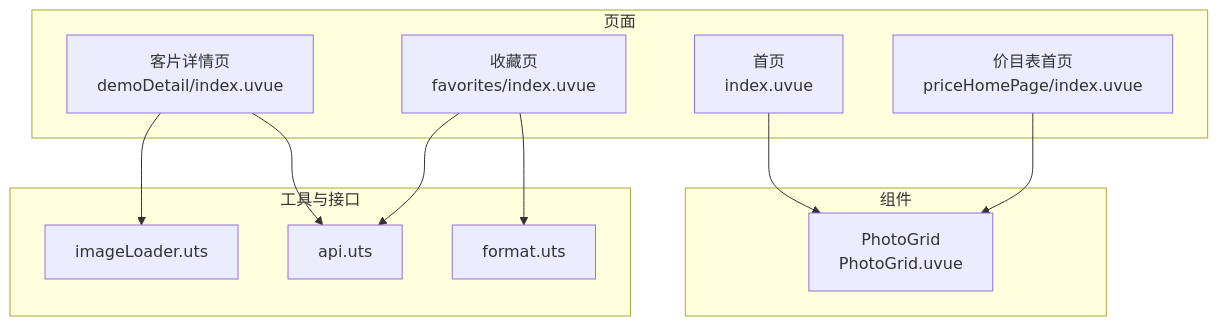
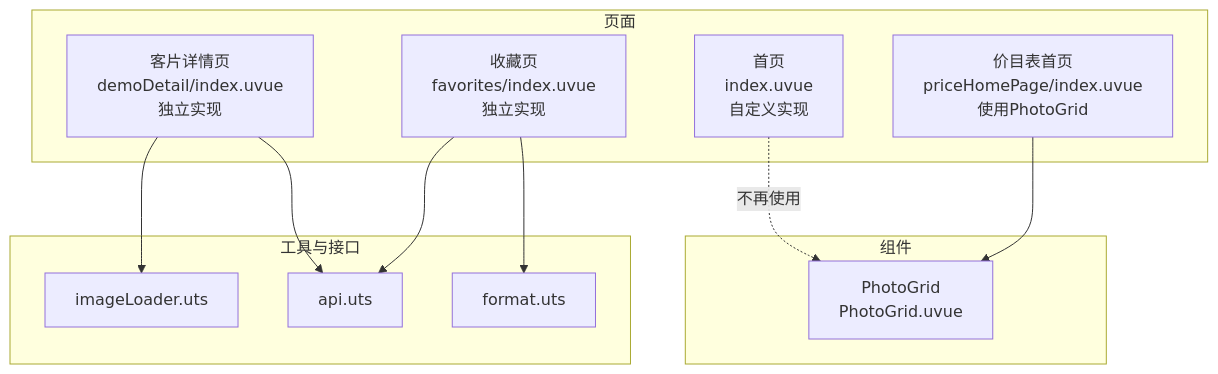
The first of 5 diagrams in .qoder/repowiki/zh/content/核心功能模块/客片管理系统/客片列表展示/图片网格组件.md (crazyma99/blueberry), drawn with Mermaid before and after one commit. The commit also changed other lines of this file and 79 other files, not shown here.

````diff
--- a/.qoder/repowiki/zh/content/核心功能模块/客片管理系统/客片列表展示/图片网格组件.md
+++ b/.qoder/repowiki/zh/content/核心功能模块/客片管理系统/客片列表展示/图片网格组件.md
@@ -34,23 +43,23 @@
 ```mermaid
 graph TB
 subgraph "页面"
-P1["首页<br/>index.uvue"]
-P2["价目表首页<br/>priceHomePage/index.uvue"]
-P3["客片详情页<br/>demoDetail/index.uvue"]
-P4["收藏页<br/>favorites/index.uvue"]
+P1["首页<br/>index.uvue<br/>自定义实现"]
+P2["价目表首页<br/>priceHomePage/index.uvue<br/>使用PhotoGrid"]
+P3["客片详情页<br/>demoDetail/index.uvue<br/>独立实现"]
+P4["收藏页<br/>favorites/index.uvue<br/>独立实现"]
 end
 subgraph "组件"
 G["PhotoGrid<br/>PhotoGrid.uvue"]
 end
 subgraph "工具与接口"
 U1["imageLoader.uts"]
 U2["api.uts"]
 U3["format.uts"]
 end
-P1 --> G
+P1 -.->|不再使用| G
 P2 --> G
 P3 --> U1
 P3 --> U2
 P4 --> U2
 P4 --> U3
 ```
````
